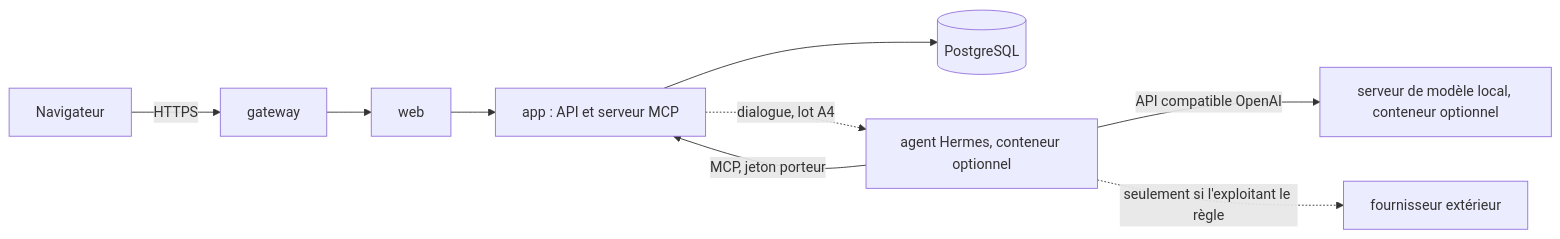
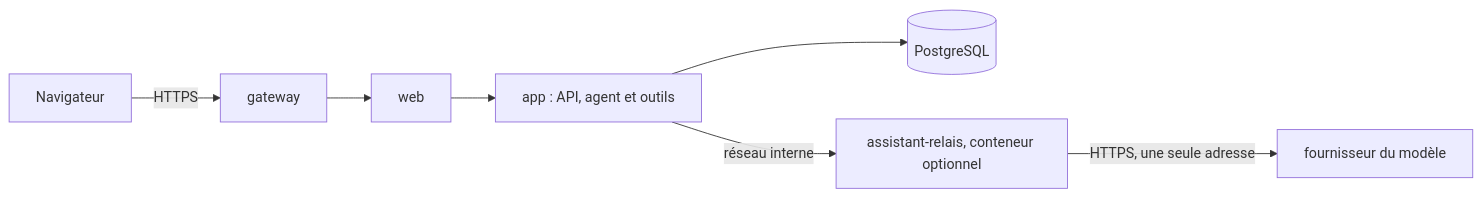
The diagram in docs/unification/CADRAGE-ASSISTANT-RSSI.md (yousername-ha/suivi-audits), drawn with Mermaid before and after one commit. The commit also changed other lines of this file and 6 other files, not shown here.

First line of the commit message:
docs(assistant): ADR 0086 réorientée vers un agent natif, modèle distant et autonomie bornée

````diff
--- a/docs/unification/CADRAGE-ASSISTANT-RSSI.md
+++ b/docs/unification/CADRAGE-ASSISTANT-RSSI.md
@@ -27,9 +25,7 @@
 ```mermaid
 flowchart LR
-    U[Navigateur] -->|HTTPS| G[gateway] --> W[web] --> A[app : API et serveur MCP]
+    U[Navigateur] -->|HTTPS| G[gateway] --> W[web] --> A[app : API, agent et outils]
     A --> P[(PostgreSQL)]
-    H[agent Hermes, conteneur optionnel] -->|MCP, jeton porteur| A
-    A -.->|dialogue, lot A4| H
-    H -->|API compatible OpenAI| M[serveur de modèle local, conteneur optionnel]
-    H -.->|seulement si l'exploitant le règle| X[fournisseur extérieur]
+    A -->|réseau interne| R[assistant-relais, conteneur optionnel]
+    R -->|HTTPS, une seule adresse| M[fournisseur du modèle]
 ```
````
